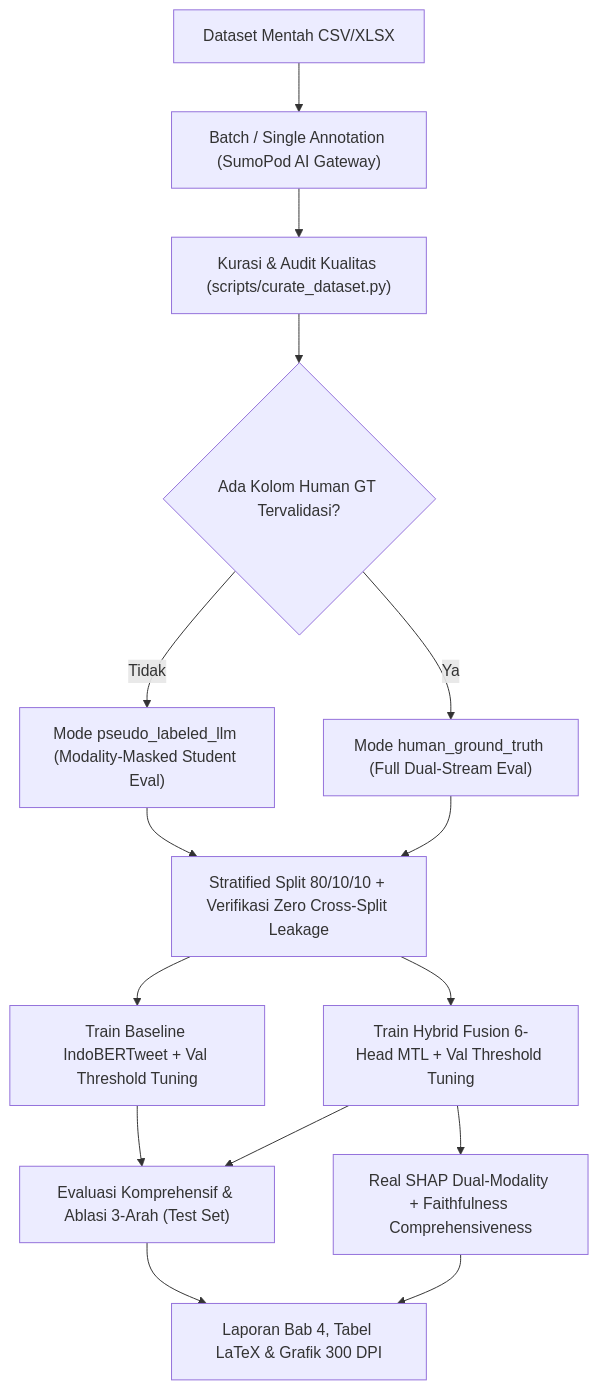
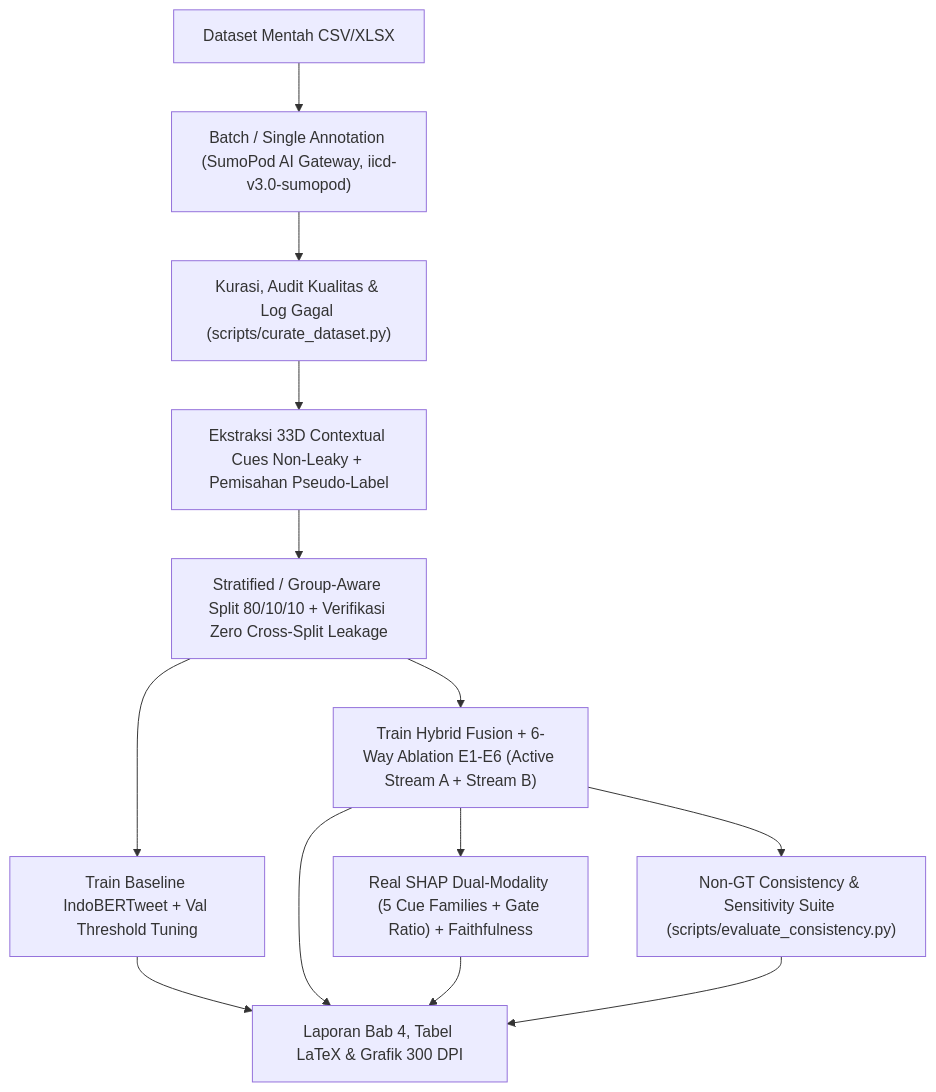
One commit to harlen91/LLM-Disertasi changed the second of 2 diagrams in README.md. Above: the diagram before and after it, drawn with Mermaid. The commit also changed other lines of this file and 49 other files, not shown here.

Commit message:
Refactor: Active dual-stream 33D contextual cues, E1-E6 ablation, consistency suite, and report fixes

````diff
--- a/README.md
+++ b/README.md
@@ -31,17 +31,15 @@
 ```mermaid
 flowchart TD
-    D["Dataset Mentah CSV/XLSX"] --> L["Batch / Single Annotation (SumoPod AI Gateway)"]
-    L --> C["Kurasi & Audit Kualitas (scripts/curate_dataset.py)"]
-    C --> G{"Ada Kolom Human GT Tervalidasi?"}
-    G -- Tidak --> P["Mode pseudo_labeled_llm (Modality-Masked Student Eval)"]
-    G -- Ya --> H["Mode human_ground_truth (Full Dual-Stream Eval)"]
-    P --> S["Stratified Split 80/10/10 + Verifikasi Zero Cross-Split Leakage"]
-    H --> S
+    D["Dataset Mentah CSV/XLSX"] --> L["Batch / Single Annotation (SumoPod AI Gateway, iicd-v3.0-sumopod)"]
+    L --> C["Kurasi, Audit Kualitas & Log Gagal (scripts/curate_dataset.py)"]
+    C --> V["Ekstraksi 33D Contextual Cues Non-Leaky + Pemisahan Pseudo-Label"]
+    V --> S["Stratified / Group-Aware Split 80/10/10 + Verifikasi Zero Cross-Split Leakage"]
     S --> TB["Train Baseline IndoBERTweet + Val Threshold Tuning"]
-    S --> TH["Train Hybrid Fusion 6-Head MTL + Val Threshold Tuning"]
-    TB --> EV["Evaluasi Komprehensif & Ablasi 3-Arah (Test Set)"]
-    TH --> EV
-    TH --> XAI["Real SHAP Dual-Modality + Faithfulness Comprehensiveness"]
-    EV --> RPT["Laporan Bab 4, Tabel LaTeX & Grafik 300 DPI"]
+    S --> TH["Train Hybrid Fusion + 6-Way Ablation E1-E6 (Active Stream A + Stream B)"]
+    TH --> XAI["Real SHAP Dual-Modality (5 Cue Families + Gate Ratio) + Faithfulness"]
+    TH --> CON["Non-GT Consistency & Sensitivity Suite (scripts/evaluate_consistency.py)"]
+    TB --> RPT["Laporan Bab 4, Tabel LaTeX & Grafik 300 DPI"]
+    TH --> RPT
     XAI --> RPT
+    CON --> RPT
 ```
````
